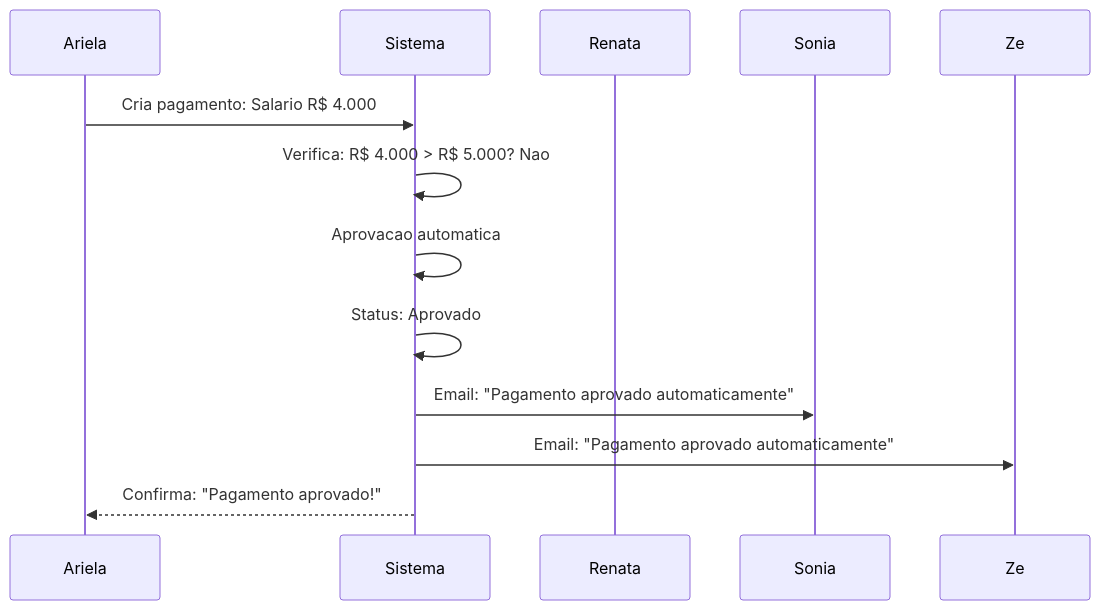
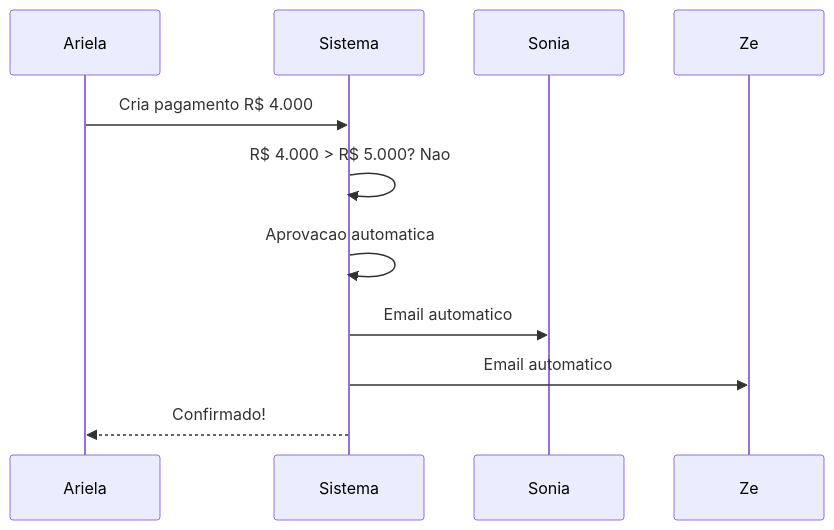
Before and after one commit to emanuelcosta-git/epoch-dream-builder: the fifth of 6 diagrams in FLUXO_REAL_VIDA_MAIS.md, drawn with Mermaid. The commit also changed other lines of this file, not shown here.

````diff
--- a/FLUXO_REAL_VIDA_MAIS.md
+++ b/FLUXO_REAL_VIDA_MAIS.md
@@ -212,16 +161,14 @@
 ```mermaid
 sequenceDiagram
     participant A as Ariela
     participant S as Sistema
-    participant R as Renata
     participant S2 as Sonia
     participant Z as Ze
 
-    A->>S: Cria pagamento: Salario R$ 4.000
-    S->>S: Verifica: R$ 4.000 > R$ 5.000? Nao
+    A->>S: Cria pagamento R$ 4.000
+    S->>S: R$ 4.000 > R$ 5.000? Nao
     S->>S: Aprovacao automatica
-    S->>S: Status: Aprovado
-    S->>S2: Email: "Pagamento aprovado automaticamente"
-    S->>Z: Email: "Pagamento aprovado automaticamente"
-    S-->>A: Confirma: "Pagamento aprovado!"
+    S->>S2: Email automatico
+    S->>Z: Email automatico
+    S-->>A: Confirmado!
 ```
````
